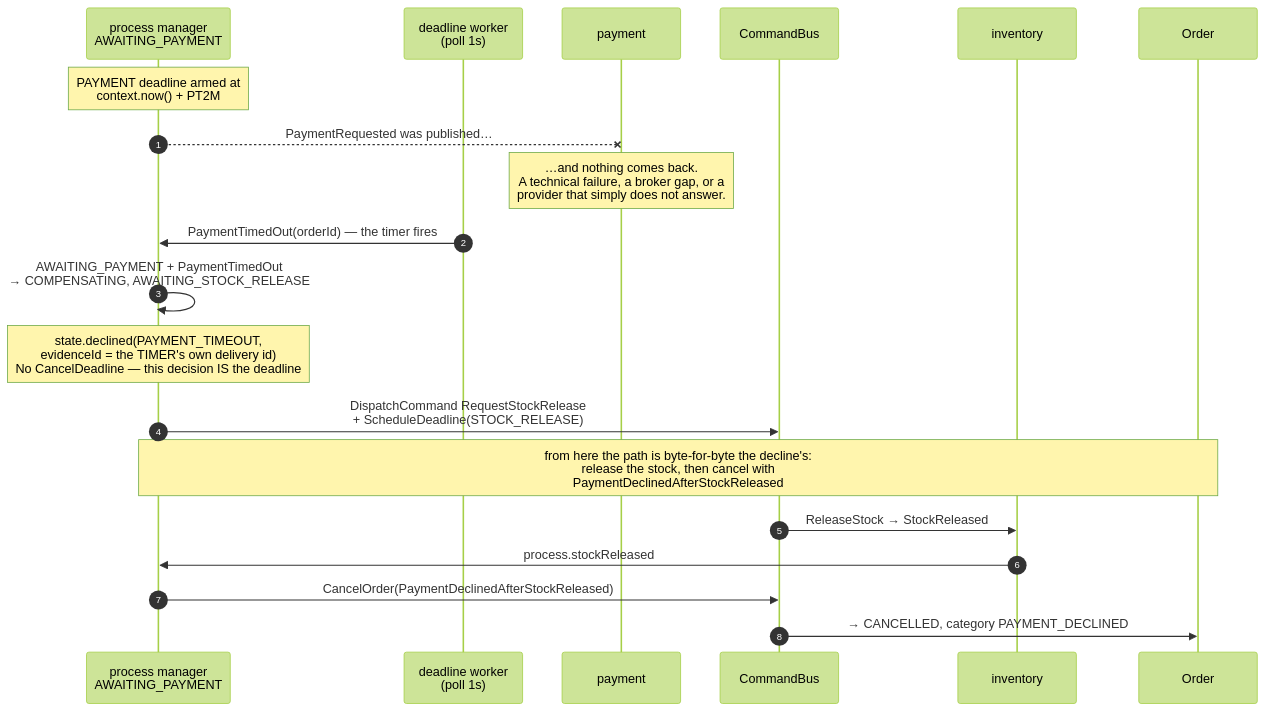
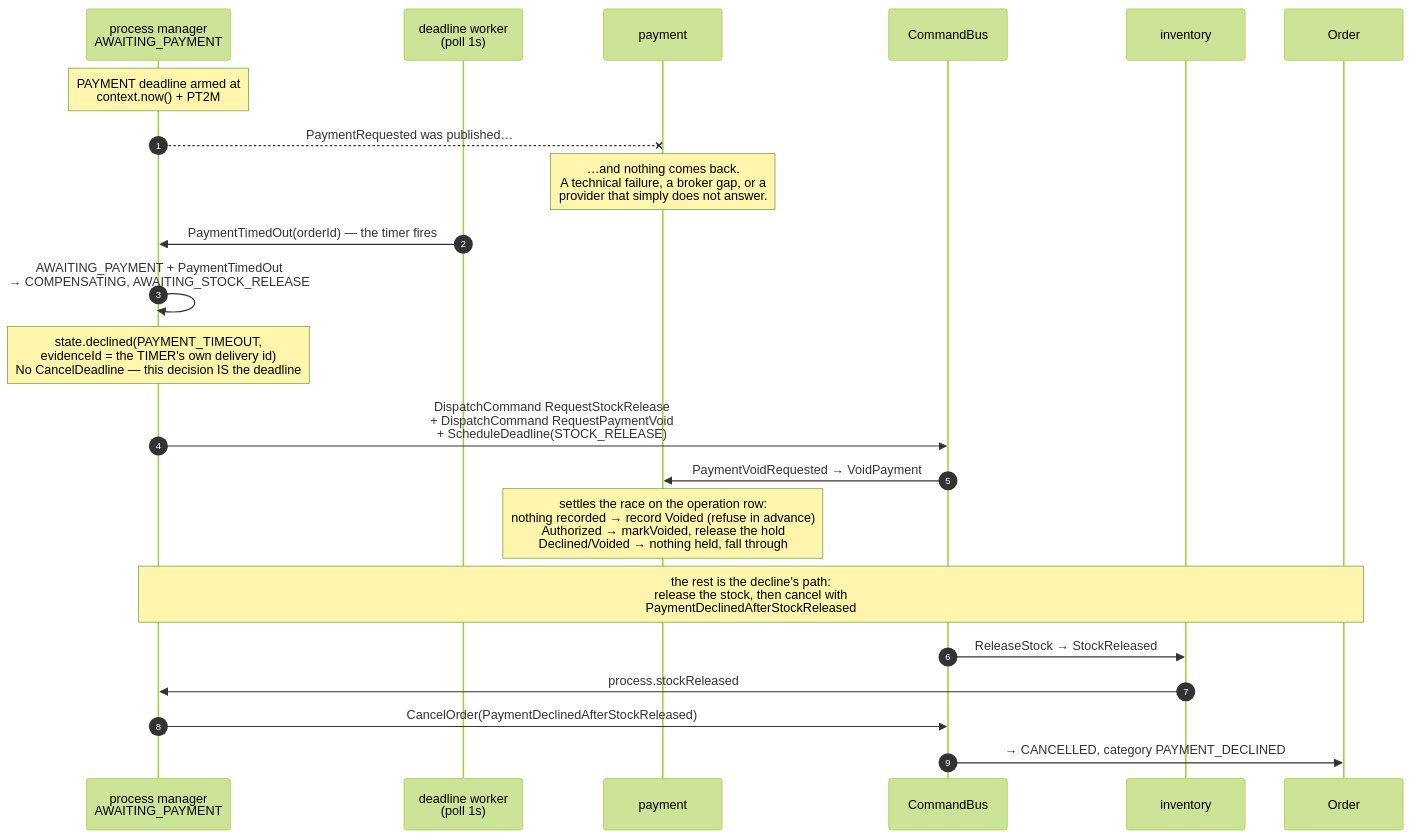
One commit to ryan-alexander-zhang/ai-native-project-template changed the fifth of 11 diagrams in aipersimmon-ddd-scaffold/multi-module/docs/sequence-diagram.md. Above: the diagram before and after it, drawn with Mermaid (forest theme). The commit also changed other lines of this file and 5 other files, not shown here.

````diff
--- a/aipersimmon-ddd-scaffold/multi-module/docs/sequence-diagram.md
+++ b/aipersimmon-ddd-scaffold/multi-module/docs/sequence-diagram.md
@@ -259,25 +262,28 @@
 ```mermaid
 sequenceDiagram
     autonumber
     participant PM as process manager<br/>AWAITING_PAYMENT
     participant DW as deadline worker<br/>(poll 1s)
     participant PAY as payment
     participant BUS as CommandBus
     participant INV as inventory
     participant ORD as Order
 
     Note over PM: PAYMENT deadline armed at<br/>context.now() + PT2M
     PM--xPAY: PaymentRequested was published…
     Note over PAY: …and nothing comes back.<br/>A technical failure, a broker gap, or a<br/>provider that simply does not answer.
 
     DW->>PM: PaymentTimedOut(orderId) — the timer fires
     PM->>PM: AWAITING_PAYMENT + PaymentTimedOut<br/>→ COMPENSATING, AWAITING_STOCK_RELEASE
     Note over PM: state.declined(PAYMENT_TIMEOUT,<br/>evidenceId = the TIMER's own delivery id)<br/>No CancelDeadline — this decision IS the deadline
-    PM->>BUS: DispatchCommand RequestStockRelease<br/>+ ScheduleDeadline(STOCK_RELEASE)
+    PM->>BUS: DispatchCommand RequestStockRelease<br/>+ DispatchCommand RequestPaymentVoid<br/>+ ScheduleDeadline(STOCK_RELEASE)
 
-    Note over PM,ORD: from here the path is byte-for-byte the decline's:<br/>release the stock, then cancel with<br/>PaymentDeclinedAfterStockReleased
+    BUS->>PAY: PaymentVoidRequested → VoidPayment
+    Note over PAY: settles the race on the operation row:<br/>nothing recorded → record Voided (refuse in advance)<br/>Authorized → markVoided, release the hold<br/>Declined/Voided → nothing held, fall through
+
+    Note over PM,ORD: the rest is the decline's path:<br/>release the stock, then cancel with<br/>PaymentDeclinedAfterStockReleased
     BUS->>INV: ReleaseStock → StockReleased
     INV->>PM: process.stockReleased
     PM->>BUS: CancelOrder(PaymentDeclinedAfterStockReleased)
     BUS->>ORD: → CANCELLED, category PAYMENT_DECLINED
 ```
````
